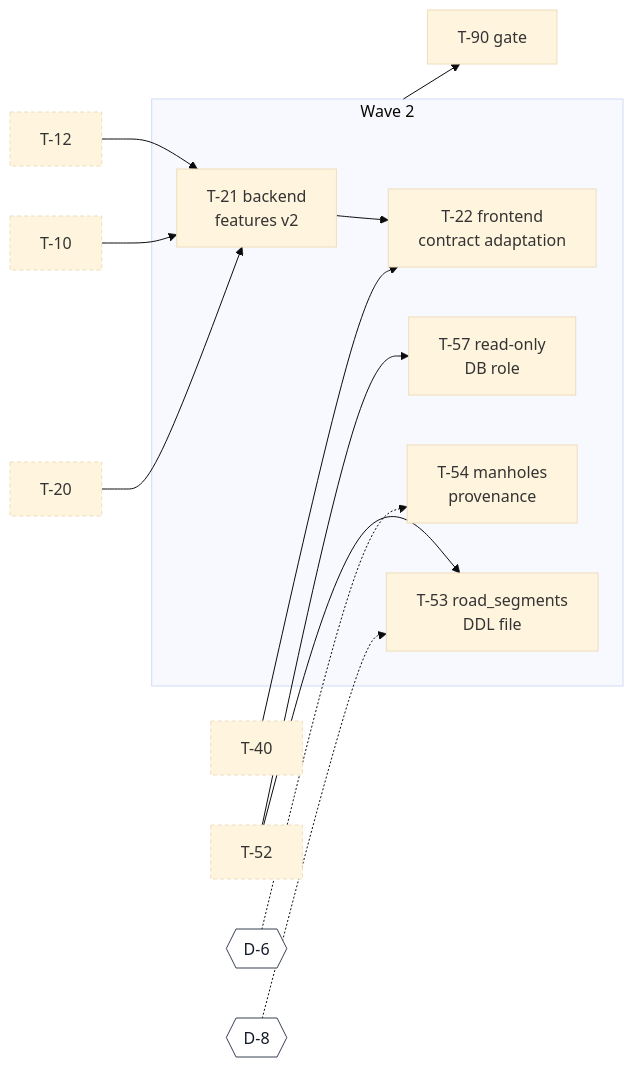
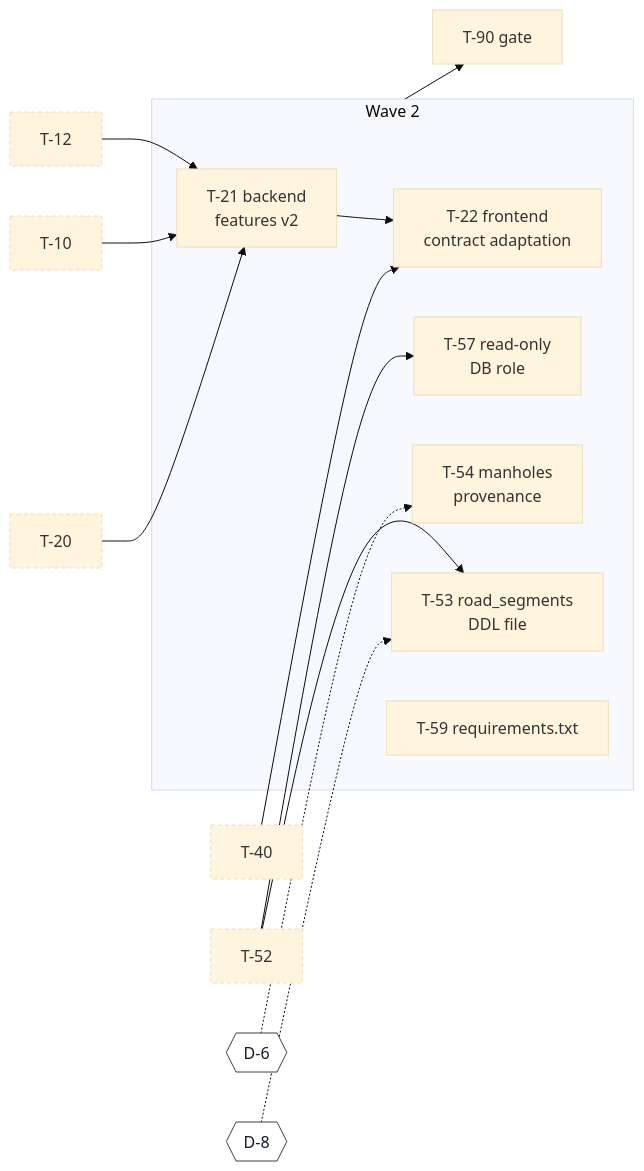
One commit to adrianfarhat/orlando-infrastructure-etl changed the third of 7 diagrams in docs/agents/development-status.md. Above: the diagram before and after it, drawn with Mermaid (base theme). The commit also changed other lines of this file and 5 other files, not shown here.

Commit message:
Resolve PR #2 review findings: diagram types, spatial relationships, task ordering (F-16–F-21)

````diff
--- a/docs/agents/development-status.md
+++ b/docs/agents/development-status.md
@@ -90,33 +92,35 @@
 ```mermaid
 flowchart LR
+  %% diagram-type: dependency
   T20p["T-20"]
   T10p["T-10"]
   T12p["T-12"]
   T40p["T-40"]
   T52p["T-52"]
   D6{{"D-6"}}
   D8{{"D-8"}}
   subgraph W2["Wave 2"]
     T21["T-21 backend<br/>features v2"]
     T22["T-22 frontend<br/>contract adaptation"]
     T53["T-53 road_segments<br/>DDL file"]
     T54["T-54 manholes<br/>provenance"]
     T57["T-57 read-only<br/>DB role"]
+    T59["T-59 requirements.txt"]
   end
   G2["T-90 gate"]
   T20p --> T21
   T10p --> T21
   T12p --> T21
   T21 --> T22
   T40p --> T22
   T52p --> T53
   D8 -.-> T53
   D6 -.-> T54
   T52p --> T57
   W2 --> G2
 
   classDef decision fill:#ffffff,stroke:#374151,color:#111827
   classDef otherwave stroke-dasharray:4 3
   class D6,D8 decision
   class T20p,T10p,T12p,T40p,T52p otherwave
 ```
````
